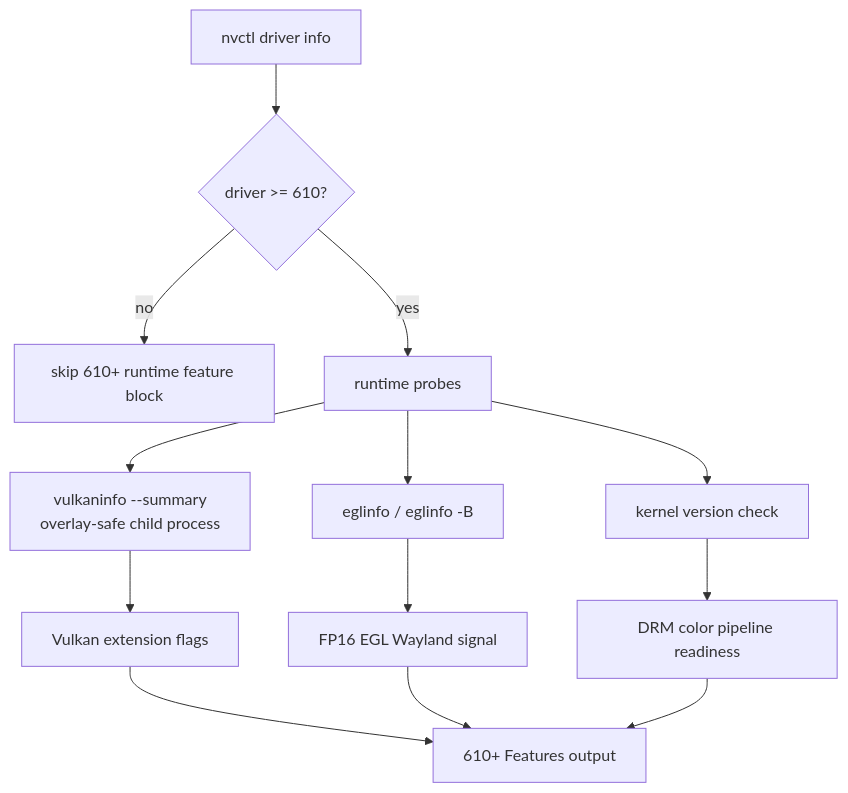
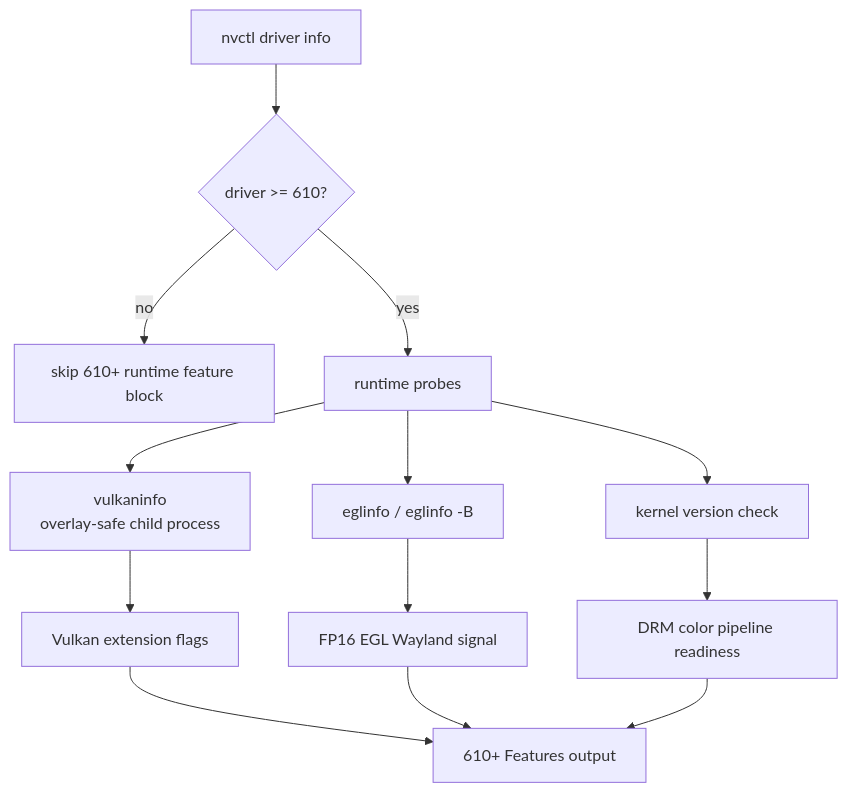
The diagram in docs/drivers/open-610.md (GhostKellz/nvcontrol), drawn with Mermaid before and after one commit. The commit also changed other lines of this file and 66 other files, not shown here.

````diff
--- a/docs/drivers/open-610.md
+++ b/docs/drivers/open-610.md
@@ -51,15 +51,15 @@
 ```mermaid
 flowchart TD
     info["nvctl driver info"] --> version{"driver >= 610?"}
     version -->|no| skip["skip 610+ runtime feature block"]
     version -->|yes| probes["runtime probes"]
-    probes --> vk["vulkaninfo --summary\noverlay-safe child process"]
+    probes --> vk["vulkaninfo\noverlay-safe child process"]
     probes --> egl["eglinfo / eglinfo -B"]
     probes --> kernel["kernel version check"]
     vk --> vkext["Vulkan extension flags"]
     egl --> fp16["FP16 EGL Wayland signal"]
     kernel --> drm["DRM color pipeline readiness"]
     vkext --> output["610+ Features output"]
     fp16 --> output
     drm --> output
 ```
````
